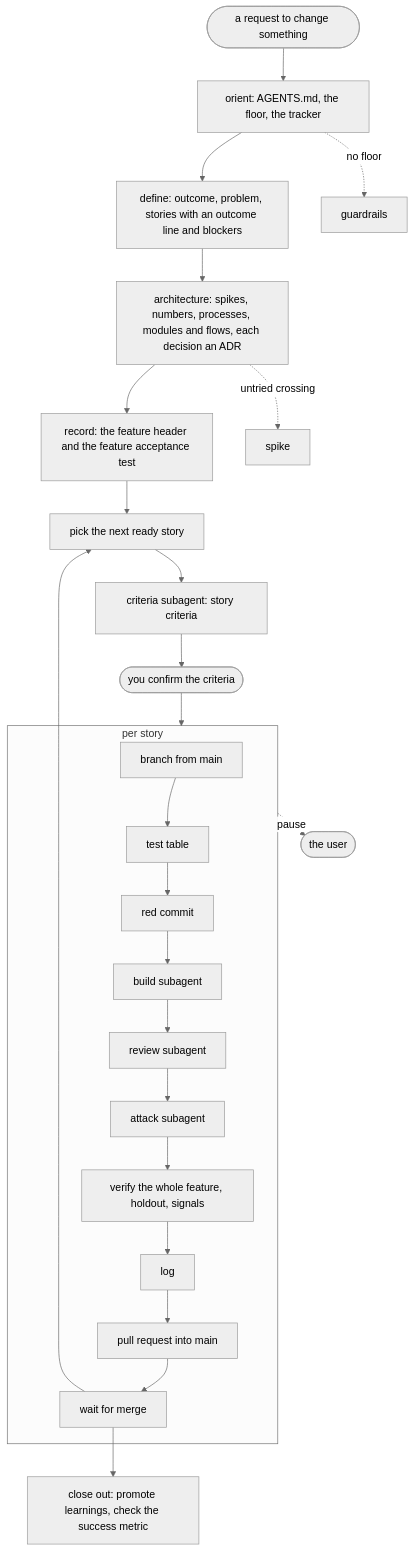
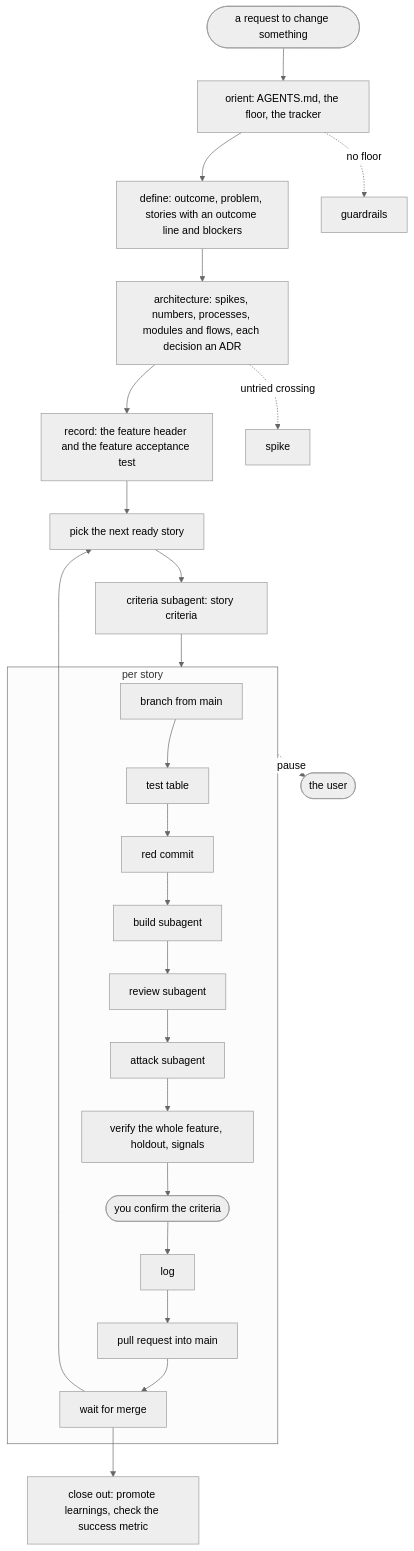
One commit to DaveBben/skills changed the diagram in plugins/SDLC/README.md. Above: the diagram before and after it, drawn with Mermaid (neutral theme). The commit also changed other lines of this file and 15 other files, not shown here.

First line of the commit message:
SDLC 11.0.0: build on proposed criteria, confirm before push; fixes from transcript review

````diff
--- a/plugins/SDLC/README.md
+++ b/plugins/SDLC/README.md
@@ -41,22 +41,21 @@
 ```mermaid
 flowchart TD
     REQ([a request to change something]) --> OR[orient: AGENTS.md, the floor, the tracker]
     OR --> FR[define: outcome, problem, stories with an outcome line and blockers]
     FR --> ARC[architecture: spikes, numbers, processes, modules and flows, each decision an ADR]
     ARC --> REC[record: the feature header and the feature acceptance test]
     REC --> NX[pick the next ready story]
     NX --> CR[criteria subagent: story criteria]
-    CR --> OK([you confirm the criteria])
-    OK --> SL
+    CR --> SL
 
     subgraph SL [per story]
-      BR[branch from main] --> TT[test table] --> RED[red commit] --> BLD[build subagent] --> REV[review subagent] --> ATK[attack subagent] --> VER[verify the whole feature, holdout, signals] --> LOG[log] --> PR[pull request into main] --> MRG[wait for merge]
+      BR[branch from main] --> TT[test table] --> RED[red commit] --> BLD[build subagent] --> REV[review subagent] --> ATK[attack subagent] --> VER[verify the whole feature, holdout, signals] --> OK([you confirm the criteria]) --> LOG[log] --> PR[pull request into main] --> MRG[wait for merge]
     end
 
     MRG --> NX
     MRG --> OUT[close out: promote learnings, check the success metric]
 
     SL -. pause .-> USER([the user])
     ARC -. untried crossing .-> SPIKE[spike]
     OR -. no floor .-> HARN[guardrails]
 ```
````
